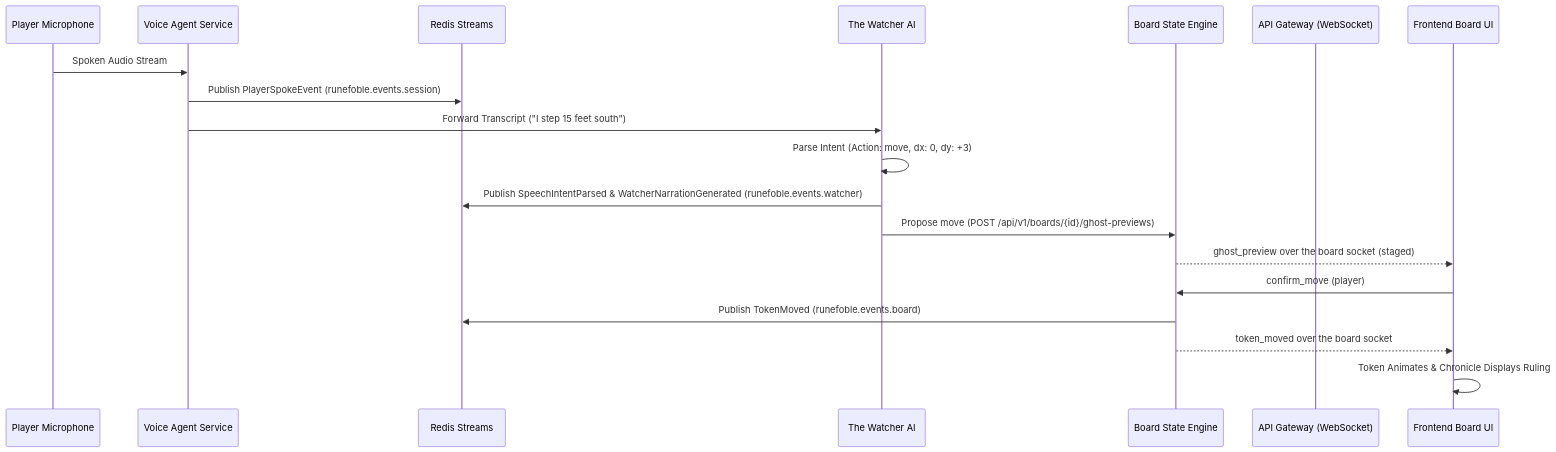
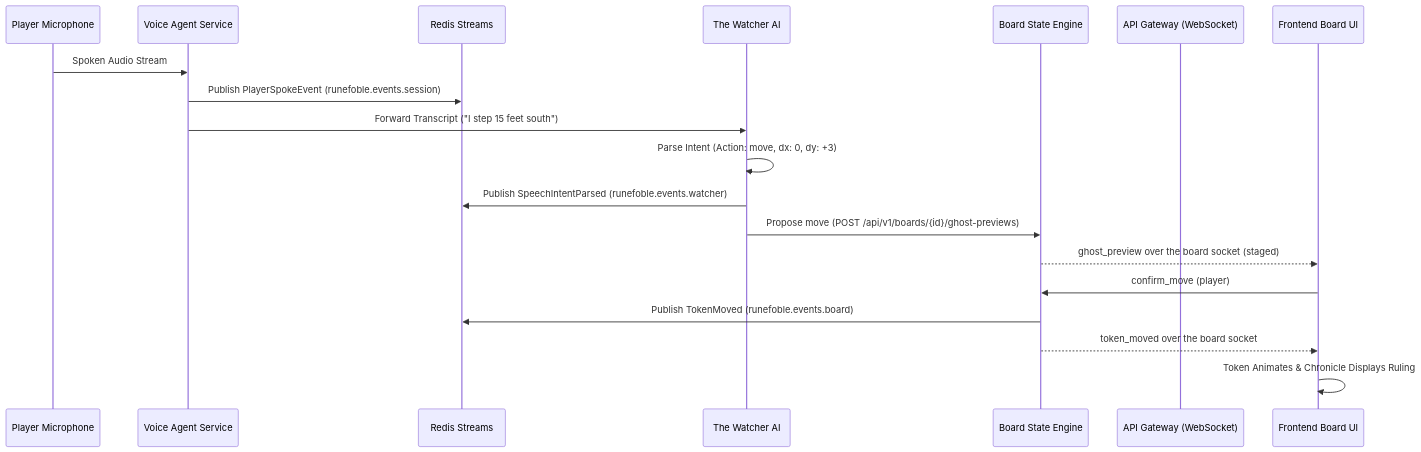
One commit to tyevans/runefoble changed the first of 2 diagrams in docs/explanation/realtime-voice-and-board-sync.md. Above: the diagram before and after it, drawn with Mermaid. The commit also changed other lines of this file and 16 other files, not shown here.

````diff
--- a/docs/explanation/realtime-voice-and-board-sync.md
+++ b/docs/explanation/realtime-voice-and-board-sync.md
@@ -12,22 +12,22 @@
 ```mermaid
 sequenceDiagram
     participant Player as Player Microphone
     participant VoiceAgent as Voice Agent Service
     participant Redis as Redis Streams
     participant Watcher as The Watcher AI
     participant Board as Board State Engine
     participant Gateway as API Gateway (WebSocket)
     participant Client as Frontend Board UI
 
     Player->>VoiceAgent: Spoken Audio Stream
     VoiceAgent->>Redis: Publish PlayerSpokeEvent (runefoble.events.session)
     VoiceAgent->>Watcher: Forward Transcript ("I step 15 feet south")
     Watcher->>Watcher: Parse Intent (Action: move, dx: 0, dy: +3)
-    Watcher->>Redis: Publish SpeechIntentParsed & WatcherNarrationGenerated (runefoble.events.watcher)
+    Watcher->>Redis: Publish SpeechIntentParsed (runefoble.events.watcher)
     Watcher->>Board: Propose move (POST /api/v1/boards/{id}/ghost-previews)
     Board-->>Client: ghost_preview over the board socket (staged)
     Client->>Board: confirm_move (player)
     Board->>Redis: Publish TokenMoved (runefoble.events.board)
     Board-->>Client: token_moved over the board socket
     Client->>Client: Token Animates & Chronicle Displays Ruling
 ```
````
